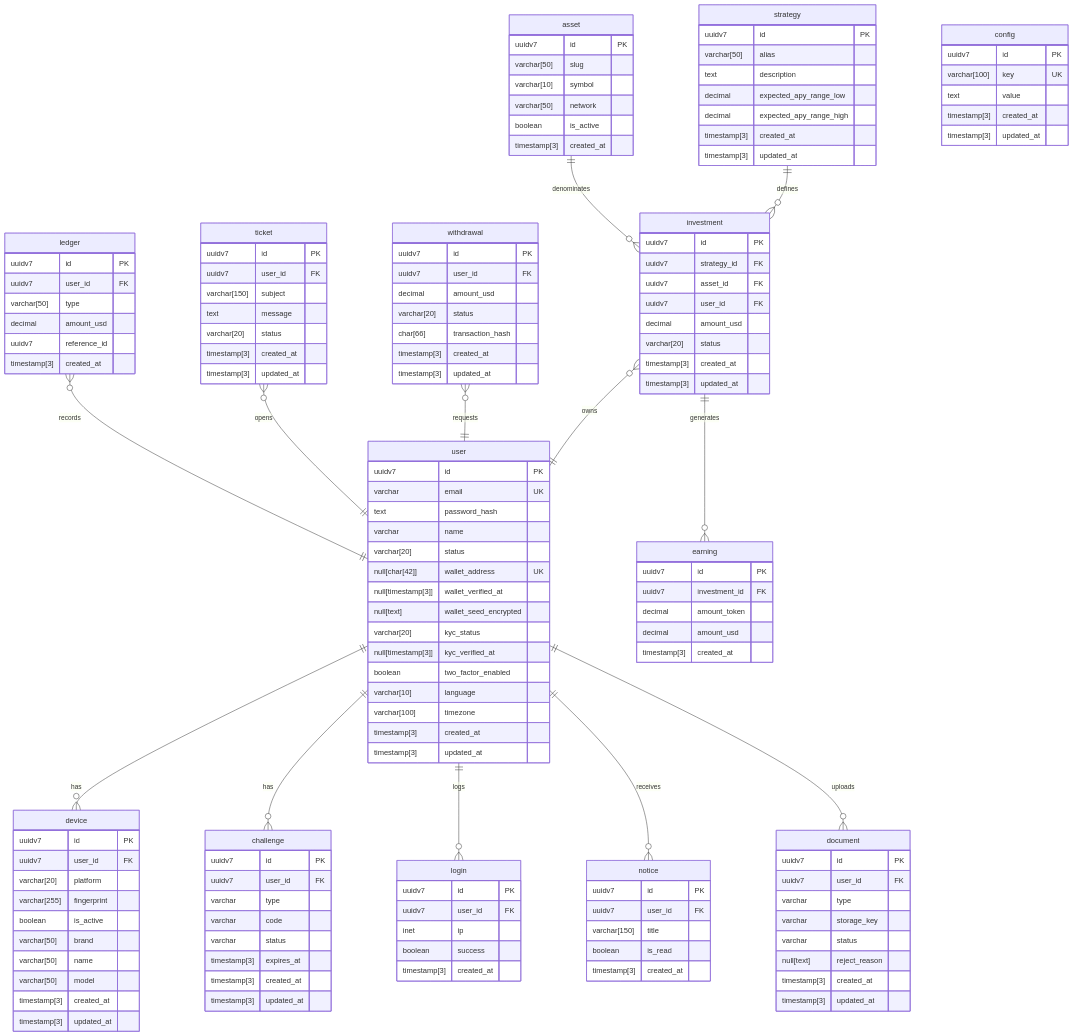
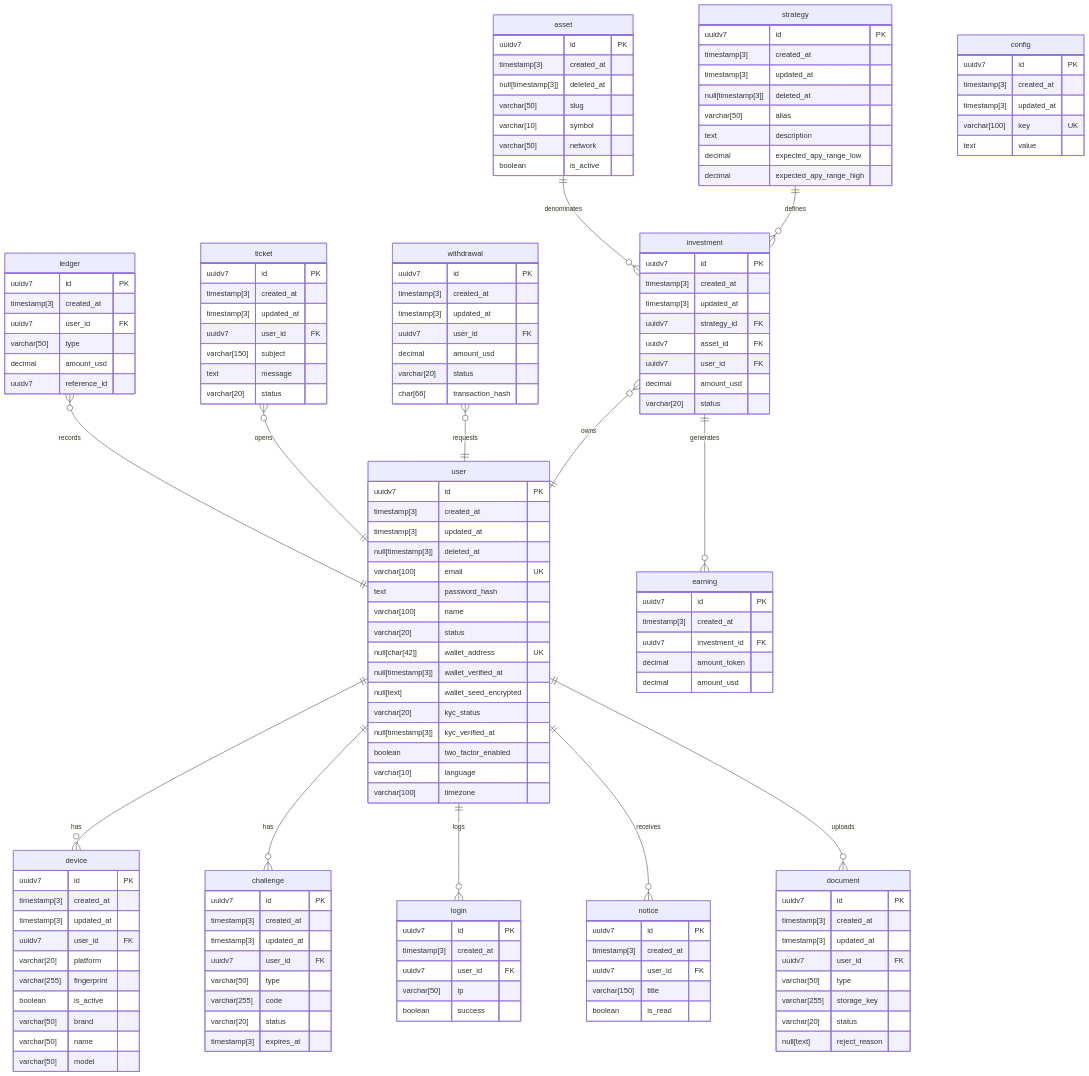
Before and after one commit to leandroluk/investor: the diagram in er.mermaid, drawn with Mermaid. The commit also changed 15 other files, not shown here.

```diff
--- a/er.mermaid
+++ b/er.mermaid
@@ -1,159 +1,162 @@
  erDiagram
     %% MODULE: account
+    challenge {
+        uuidv7       id         PK
+        timestamp[3] created_at ""
+        timestamp[3] updated_at ""
+        uuidv7       user_id    FK
+        varchar[50]  type       ""
+        varchar[255] code       ""
+        varchar[20]  status     ""
+        timestamp[3] expires_at ""
+    }    
     device {
         uuidv7       id          PK
+        timestamp[3] created_at  ""
+        timestamp[3] updated_at  ""
         uuidv7       user_id     FK
         varchar[20]  platform    ""
         varchar[255] fingerprint ""
         boolean      is_active   ""
         varchar[50]  brand       ""
         varchar[50]  name        ""
         varchar[50]  model       ""
-        timestamp[3] created_at  ""
-        timestamp[3] updated_at  ""
     }
+    document {
+        uuidv7       id            PK
+        timestamp[3] created_at    ""
+        timestamp[3] updated_at    ""
+        uuidv7       user_id       FK
+        varchar[50]  type          ""
+        varchar[255] storage_key   ""
+        varchar[20]  status        ""
+        null[text]   reject_reason ""
+    }    
     login {
-        uuidv7    id         PK
-        uuidv7    user_id    FK
-        inet      ip         ""
-        boolean   success    ""
+        uuidv7       id         PK
         timestamp[3] created_at ""
-    }
-    challenge {
-        uuidv7    id         PK
-        uuidv7    user_id    FK
-        varchar   type       ""
-        varchar   code       ""
-        varchar   status     ""
-        timestamp[3] expires_at ""
-        timestamp[3] created_at ""
-        timestamp[3] updated_at ""
+        uuidv7       user_id    FK
+        varchar[50]  ip         ""
+        boolean      success    ""
     }
     user {
         uuidv7             id                    PK
-        varchar            email                 UK
+        timestamp[3]       created_at            ""
+        timestamp[3]       updated_at            ""
+        null[timestamp[3]] deleted_at            ""
+        varchar[100]       email                 UK
         text               password_hash         ""
-        varchar            name                  ""
+        varchar[100]       name                  ""
         varchar[20]        status                ""
         null[char[42]]     wallet_address        UK
         null[timestamp[3]] wallet_verified_at    ""
         null[text]         wallet_seed_encrypted ""
         varchar[20]        kyc_status            ""
         null[timestamp[3]] kyc_verified_at       ""
         boolean            two_factor_enabled    ""
         varchar[10]        language              ""
         varchar[100]       timezone              ""  
-        timestamp[3]       created_at            ""
-        timestamp[3]       updated_at            ""
-    }
-    document {
-        uuidv7     id            PK
-        uuidv7     user_id       FK
-        varchar    type          ""
-        varchar    storage_key   ""
-        varchar    status        ""
-        null[text] reject_reason ""
-        timestamp[3]  created_at    ""
-        timestamp[3]  updated_at    ""
     }
 
     %% MODULE: audit
     ledger {
         uuidv7       id           PK
+        timestamp[3] created_at   ""
         uuidv7       user_id      FK
         varchar[50]  type         "" 
         decimal      amount_usd   ""
         uuidv7       reference_id ""
-        timestamp[3] created_at   ""
     }
 
     %% MODULE: catalog
     asset {
-        uuidv7       id         PK
-        varchar[50]  slug       ""
-        varchar[10]  symbol     ""
-        varchar[50]  network    ""
-        boolean      is_active  ""
-        timestamp[3] created_at ""
+        uuidv7             id         PK
+        timestamp[3]       created_at ""
+        null[timestamp[3]] deleted_at ""
+        varchar[50]        slug       ""
+        varchar[10]        symbol     ""
+        varchar[50]        network    ""
+        boolean            is_active  ""
     }
     strategy {
-        uuidv7       id                      PK
-        varchar[50]  alias                   ""
-        text         description             ""
-        decimal      expected_apy_range_low  ""
-        decimal      expected_apy_range_high ""
-        timestamp[3] created_at              ""
-        timestamp[3] updated_at              ""
+        uuidv7             id                      PK
+        timestamp[3]       created_at              ""
+        timestamp[3]       updated_at              ""
+        null[timestamp[3]] deleted_at              ""
+        varchar[50]        alias                   ""
+        text               description             ""
+        decimal            expected_apy_range_low  ""
+        decimal            expected_apy_range_high ""
     }
 
     %% MODULE: portfolio
     earning {
         uuidv7       id            PK
+        timestamp[3] created_at    ""
         uuidv7       investment_id FK
         decimal      amount_token  ""
         decimal      amount_usd    ""
-        timestamp[3] created_at    ""
     }
     investment {
         uuidv7       id          PK
+        timestamp[3] created_at  ""
+        timestamp[3] updated_at  ""
         uuidv7       strategy_id FK
         uuidv7       asset_id    FK
         uuidv7       user_id     FK
         decimal      amount_usd  ""
         varchar[20]  status      ""
-        timestamp[3] created_at  ""
-        timestamp[3] updated_at  ""
     }
 
     %% MODULE: signal
     notice {
         uuidv7       id         PK
+        timestamp[3] created_at ""
         uuidv7       user_id    FK
         varchar[150] title      ""
         boolean      is_read    ""
-        timestamp[3] created_at ""
     }
 
     %% MODULE: support
     ticket {
         uuidv7       id         PK
+        timestamp[3] created_at ""
+        timestamp[3] updated_at ""
         uuidv7       user_id    FK
         varchar[150] subject    ""
         text         message    ""
         varchar[20]  status     ""
-        timestamp[3] created_at ""
-        timestamp[3] updated_at ""
     }
 
     %% MODULE: system
     config {
         uuidv7       id           PK
+        timestamp[3] created_at   ""
+        timestamp[3] updated_at   ""
         varchar[100] key          UK
         text         value        ""
-        timestamp[3] created_at   ""
-        timestamp[3] updated_at   ""
     }
 
     %% MODULE: treasury
     withdrawal {
         uuidv7       id               PK
+        timestamp[3] created_at       ""
+        timestamp[3] updated_at       ""
         uuidv7       user_id          FK
         decimal      amount_usd       ""
         varchar[20]  status           ""
         char[66]     transaction_hash ""
-        timestamp[3] created_at       ""
-        timestamp[3] updated_at       ""
     }
 
     user       ||--o{ device     : "has"
     user       ||--o{ challenge  : "has"
     user       ||--o{ login      : "logs"
     user       ||--o{ notice     : "receives"
     user       ||--o{ document   : "uploads"
     investment }o--|| user       : "owns"
     withdrawal }o--|| user       : "requests"
     ticket     }o--|| user       : "opens"
     ledger     }o--|| user       : "records"
     strategy   ||--o{ investment : "defines"
     asset      ||--o{ investment : "denominates"
     investment ||--o{ earning    : "generates"
```
